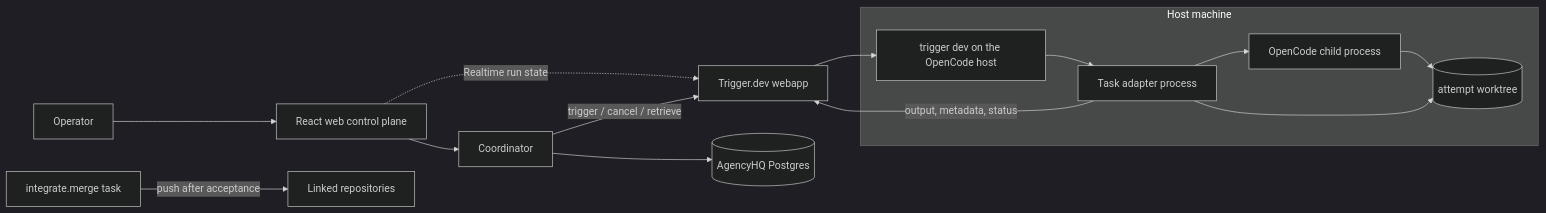
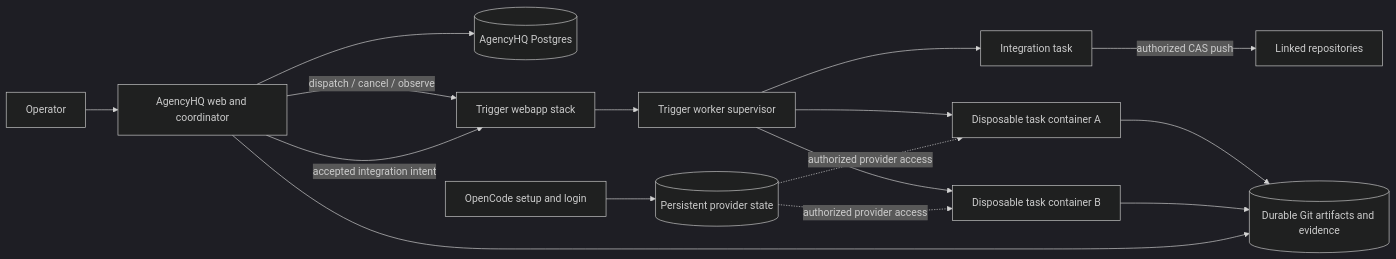
The diagram in docs/engineering/ARCHITECTURE.md (DecisionNerd/AgencyHQ), drawn with Mermaid (dark theme) before and after one commit. The commit also changed other lines of this file and 15 other files, not shown here.

````diff
--- a/docs/engineering/ARCHITECTURE.md
+++ b/docs/engineering/ARCHITECTURE.md
@@ -17,17 +22,18 @@
 ```mermaid
 flowchart LR
-    Operator --> Web[React web control plane]
-    Web --> Coordinator
-    Web -. Realtime run state .-> TriggerAPI
-    Coordinator --> Postgres[(AgencyHQ Postgres)]
-    Coordinator -- trigger / cancel / retrieve --> TriggerAPI[Trigger.dev webapp]
-    TriggerAPI --> Dev[trigger dev on the OpenCode host]
-    subgraph Host machine
-      Dev --> Adapter[Task adapter process]
-      Adapter --> OpenCode[OpenCode child process]
-      OpenCode --> Worktree[(attempt worktree)]
-      Adapter --> Worktree
-    end
-    Adapter -- output, metadata, status --> TriggerAPI
-    Integrate[integrate.merge task] -- push after acceptance --> Repos[Linked repositories]
+    Operator --> Web[AgencyHQ web and coordinator]
+    Web --> DB[(AgencyHQ Postgres)]
+    Web -- dispatch / cancel / observe --> Trigger[Trigger webapp stack]
+    Login[OpenCode setup and login] --> Auth[(Persistent provider state)]
+    Trigger --> TriggerSupervisor[Trigger worker supervisor]
+    TriggerSupervisor --> TaskA[Disposable task container A]
+    TriggerSupervisor --> TaskB[Disposable task container B]
+    Auth -. authorized provider access .-> TaskA
+    Auth -. authorized provider access .-> TaskB
+    TaskA --> Artifacts[(Durable Git artifacts and evidence)]
+    TaskB --> Artifacts
+    Web --> Artifacts
+    Web -- accepted integration intent --> Trigger
+    Integrate[Integration task] -- authorized CAS push --> Repos[Linked repositories]
+    TriggerSupervisor --> Integrate
 ```
````
